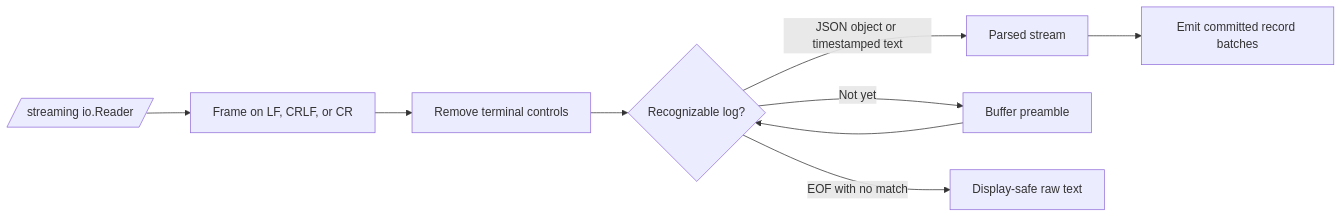
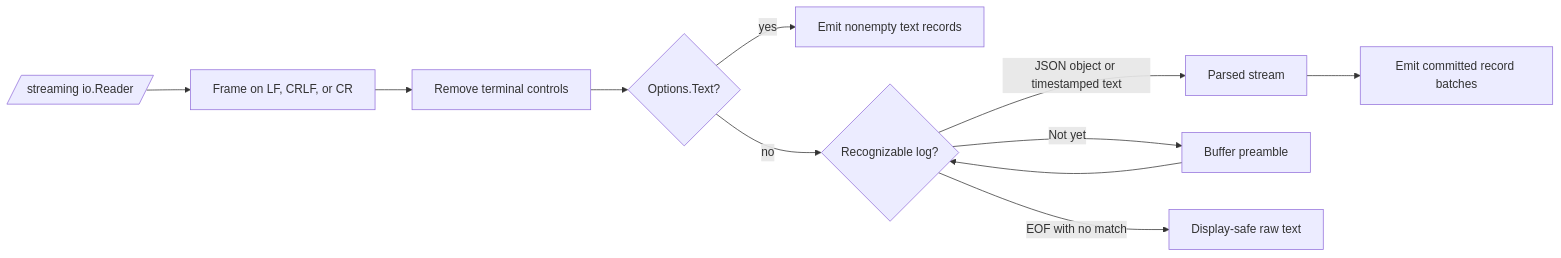
One commit to jpetroff/streamline changed the first of 2 diagrams in .memory/parser.md. Above: the diagram before and after it, drawn with Mermaid. The commit also changed other lines of this file and 36 other files, not shown here.

````diff
--- a/.memory/parser.md
+++ b/.memory/parser.md
@@ -13,11 +14,13 @@
 ```mermaid
 flowchart LR
   input[/"streaming io.Reader"/] --> frame["Frame on LF, CRLF, or CR"]
   frame --> clean["Remove terminal controls"]
-  clean --> detect{"Recognizable log?"}
+  clean --> mode{"Options.Text?"}
+  mode -->|"yes"| text["Emit nonempty text records"]
+  mode -->|"no"| detect{"Recognizable log?"}
   detect -->|"JSON object or timestamped text"| parsed["Parsed stream"]
   detect -->|"Not yet"| buffer["Buffer preamble"]
   buffer --> detect
   parsed --> append["Emit committed record batches"]
   detect -->|"EOF with no match"| raw["Display-safe raw text"]
 ```
````
